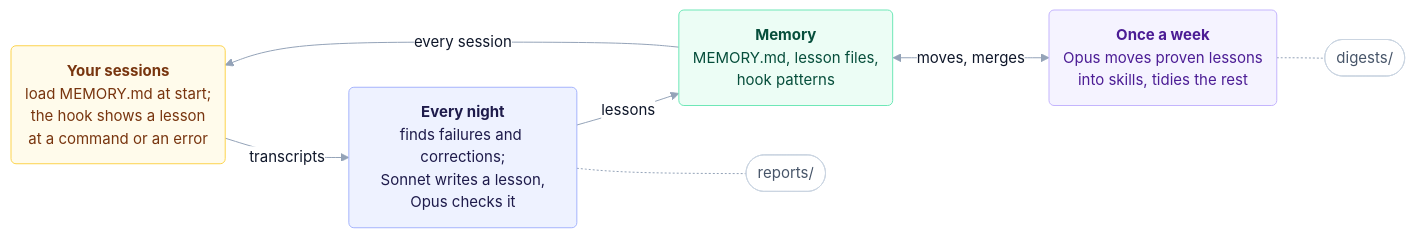
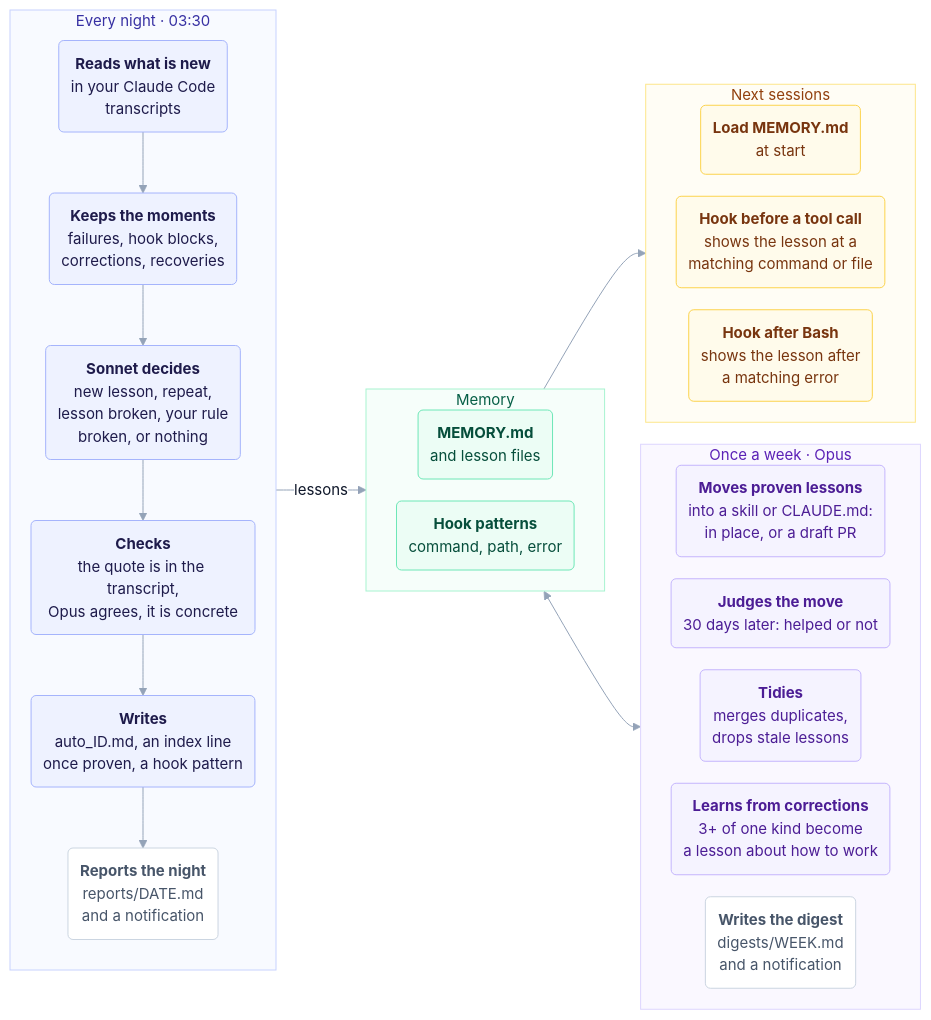
One commit to vladislavgorbunov-afk/agent-reflect changed the first of 3 diagrams in README.md. Above: the diagram before and after it, drawn with Mermaid. The commit also changed other lines of this file, not shown here.

Commit message:
docs: Spell out the steps of each run and lay memory out left to right
How it works shows the steps again, in the card style: the night's six from
reading the transcripts to the report, memory, what the next sessions load and
when the hook speaks, and the week's five from moving lessons to the digest.
It reads as one line, night to memory to the next sessions, so no edge runs
back across it. Where memory lives now flows left to right, from MEMORY.md to
the files it points to, to the ledger that tracks them and the hook's files.

````diff
--- a/README.md
+++ b/README.md
@@ -22,23 +22,52 @@
 ```mermaid
-%%{init: {"theme": "base", "themeVariables": {"fontFamily": "-apple-system, BlinkMacSystemFont, Segoe UI, Helvetica, Arial, sans-serif", "fontSize": "15px", "lineColor": "#94a3b8", "primaryColor": "#f1f5f9", "primaryBorderColor": "#cbd5e1", "primaryTextColor": "#0f172a", "clusterBkg": "#f8fafc", "clusterBorder": "#e2e8f0", "edgeLabelBackground": "#ffffff"}, "flowchart": {"curve": "basis", "nodeSpacing": 28, "rankSpacing": 48, "padding": 14}}}%%
+%%{init: {"theme": "base", "themeVariables": {"fontFamily": "system-ui, -apple-system, Segoe UI, Helvetica, Arial, sans-serif", "fontSize": "15px", "lineColor": "#94a3b8", "primaryColor": "#f1f5f9", "primaryBorderColor": "#cbd5e1", "primaryTextColor": "#0f172a", "clusterBkg": "#f8fafc", "clusterBorder": "#e2e8f0", "edgeLabelBackground": "#ffffff"}, "flowchart": {"curve": "basis", "nodeSpacing": 22, "rankSpacing": 36, "padding": 12}}}%%
 flowchart LR
-    S("<b>Your sessions</b><br/>load MEMORY.md at start;<br/>the hook shows a lesson<br/>at a command or an error"):::work
-    N("<b>Every night</b><br/>finds failures and corrections;<br/>Sonnet writes a lesson,<br/>Opus checks it"):::night
-    M("<b>Memory</b><br/>MEMORY.md, lesson files,<br/>hook patterns"):::mem
-    W("<b>Once a week</b><br/>Opus moves proven lessons<br/>into skills, tidies the rest"):::week
+    subgraph N ["Every night · 03:30"]
+        direction TB
+        n1("<b>Reads what is new</b><br/>in your Claude Code<br/>transcripts"):::night
+        n2("<b>Keeps the moments</b><br/>failures, hook blocks,<br/>corrections, recoveries"):::night
+        n3("<b>Sonnet decides</b><br/>new lesson, repeat,<br/>lesson broken, your rule<br/>broken, or nothing"):::night
+        n4("<b>Checks</b><br/>the quote is in the transcript,<br/>Opus agrees, it is concrete"):::night
+        n5("<b>Writes</b><br/>auto_ID.md, an index line<br/>once proven, a hook pattern"):::night
+        n6("<b>Reports the night</b><br/>reports/DATE.md<br/>and a notification"):::out
+        n1 --> n2 --> n3 --> n4 --> n5 --> n6
+    end
 
-    S -->|"transcripts"| N
+    subgraph M ["Memory"]
+        direction LR
+        m1("<b>MEMORY.md</b><br/>and lesson files"):::mem
+        m2("<b>Hook patterns</b><br/>command, path, error"):::mem
+    end
+
+    subgraph S ["Next sessions"]
+        direction LR
+        s1("<b>Load MEMORY.md</b><br/>at start"):::work
+        s2("<b>Hook before a tool call</b><br/>shows the lesson at a<br/>matching command or file"):::work
+        s3("<b>Hook after Bash</b><br/>shows the lesson after<br/>a matching error"):::work
+    end
+
+    subgraph W ["Once a week · Opus"]
+        direction LR
+        w1("<b>Moves proven lessons</b><br/>into a skill or CLAUDE.md:<br/>in place, or a draft PR"):::week
+        w2("<b>Judges the move</b><br/>30 days later: helped or not"):::week
+        w3("<b>Tidies</b><br/>merges duplicates,<br/>drops stale lessons"):::week
+        w4("<b>Learns from corrections</b><br/>3+ of one kind become<br/>a lesson about how to work"):::week
+        w5("<b>Writes the digest</b><br/>digests/WEEK.md<br/>and a notification"):::out
+    end
+
     N -->|"lessons"| M
-    M -->|"every session"| S
-    M <-->|"moves, merges"| W
-    N -.- R(["reports/"]):::out
-    W -.- D(["digests/"]):::out
+    M --> S
+    M <--> W
 
     classDef night fill:#eef2ff,stroke:#a5b4fc,color:#1e1b4b
     classDef mem fill:#ecfdf5,stroke:#6ee7b7,color:#064e3b
     classDef work fill:#fffbeb,stroke:#fcd34d,color:#78350f
     classDef week fill:#f5f3ff,stroke:#c4b5fd,color:#4c1d95
     classDef user fill:#f1f5f9,stroke:#cbd5e1,color:#0f172a
     classDef muted fill:#ffffff,stroke:#cbd5e1,stroke-dasharray:4 3,color:#64748b
     classDef out fill:#ffffff,stroke:#cbd5e1,color:#475569
+    style N fill:#f8faff,stroke:#c7d2fe,color:#3730a3
+    style M fill:#f6fefa,stroke:#a7f3d0,color:#065f46
+    style S fill:#fffdf5,stroke:#fde68a,color:#92400e
+    style W fill:#faf8ff,stroke:#ddd6fe,color:#5b21b6
 ```
````
